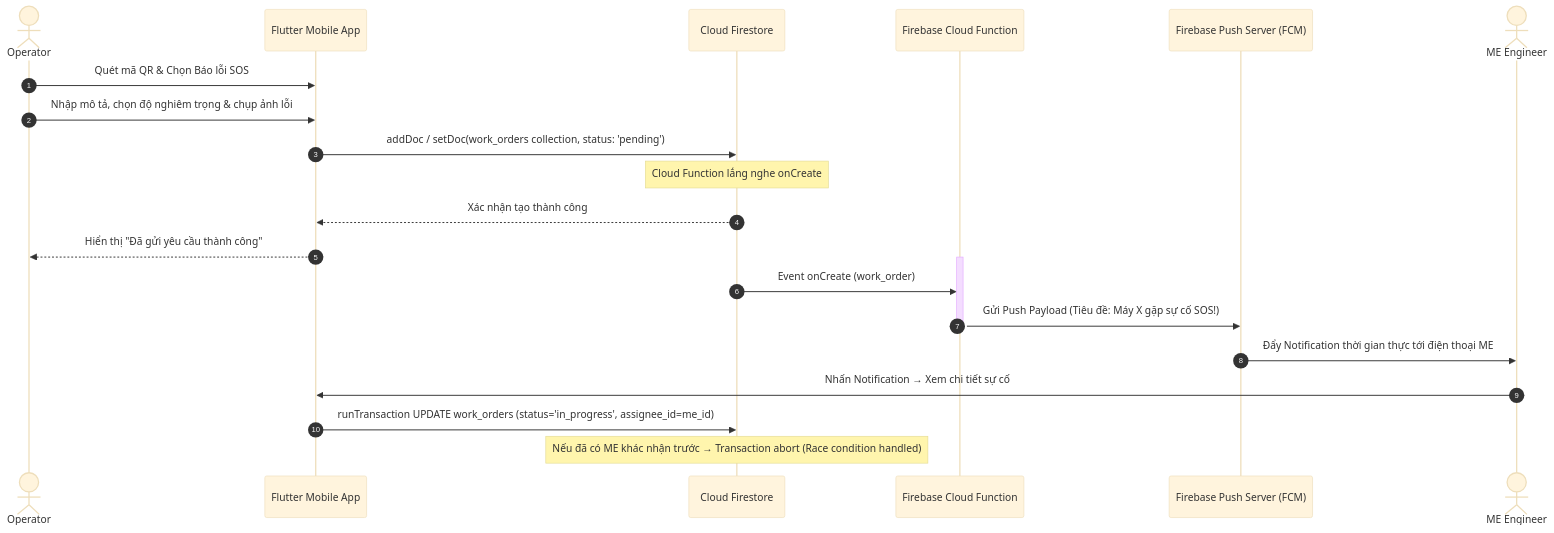
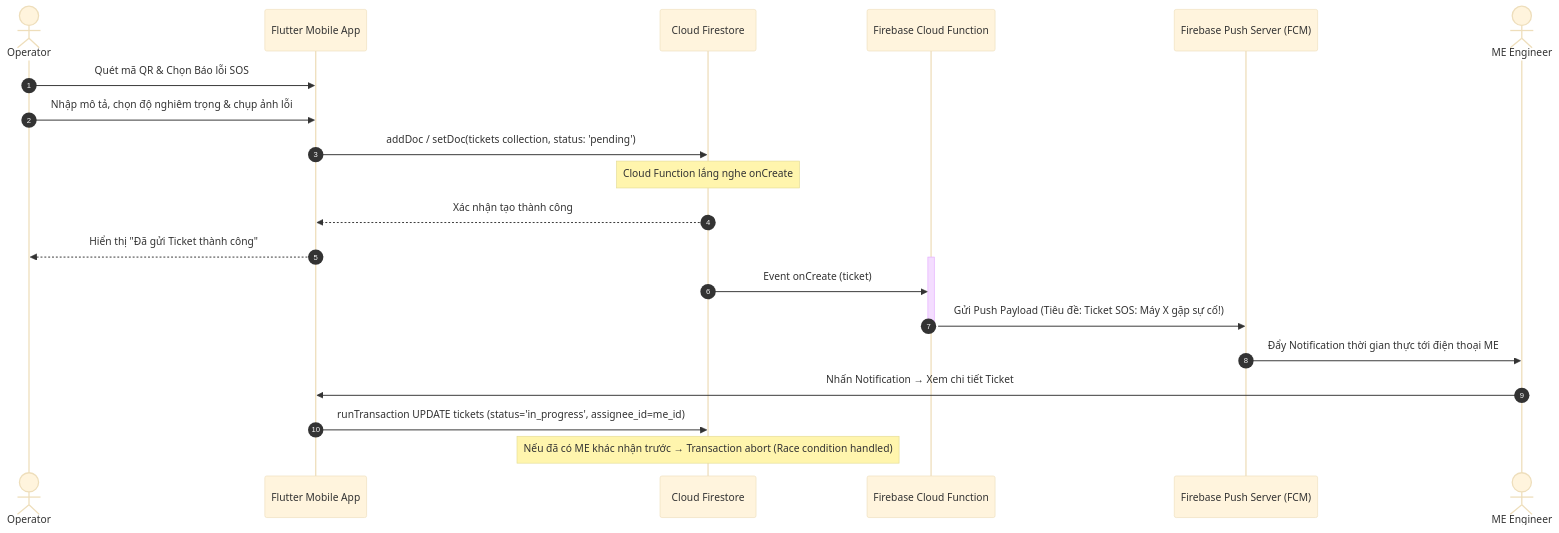
The fourth of 12 diagrams in system_design.md (pvduy23052005/cse441-mobile-asset-track), drawn with Mermaid (base theme) before and after one commit. The commit also changed other lines of this file and 3 other files, not shown here.

Commit message:
docs: update project documentation and database schema design specifications

````diff
--- a/system_design.md
+++ b/system_design.md
@@ -145,26 +143,26 @@
 ```mermaid
 sequenceDiagram
     autonumber
     actor OP as Operator
     participant App as Flutter Mobile App
     participant DB as Cloud Firestore
     participant Function as Firebase Cloud Function
     participant FCM as Firebase Push Server (FCM)
     actor ME as ME Engineer
 
     OP->>App: Quét mã QR & Chọn Báo lỗi SOS
     OP->>App: Nhập mô tả, chọn độ nghiêm trọng & chụp ảnh lỗi
-    App->>DB: addDoc / setDoc(work_orders collection, status: 'pending')
+    App->>DB: addDoc / setDoc(tickets collection, status: 'pending')
     Note over DB: Cloud Function lắng nghe onCreate
     DB-->>App: Xác nhận tạo thành công
-    App-->>OP: Hiển thị "Đã gửi yêu cầu thành công"
+    App-->>OP: Hiển thị "Đã gửi Ticket thành công"
 
     activate Function
-    DB->>Function: Event onCreate (work_order)
-    Function->>FCM: Gửi Push Payload (Tiêu đề: Máy X gặp sự cố SOS!)
+    DB->>Function: Event onCreate (ticket)
+    Function->>FCM: Gửi Push Payload (Tiêu đề: Ticket SOS: Máy X gặp sự cố!)
     deactivate Function
     FCM->>ME: Đẩy Notification thời gian thực tới điện thoại ME
-    ME->>App: Nhấn Notification → Xem chi tiết sự cố
-    App->>DB: runTransaction UPDATE work_orders (status='in_progress', assignee_id=me_id)
+    ME->>App: Nhấn Notification → Xem chi tiết Ticket
+    App->>DB: runTransaction UPDATE tickets (status='in_progress', assignee_id=me_id)
     Note over DB: Nếu đã có ME khác nhận trước → Transaction abort (Race condition handled)
 ```
````
